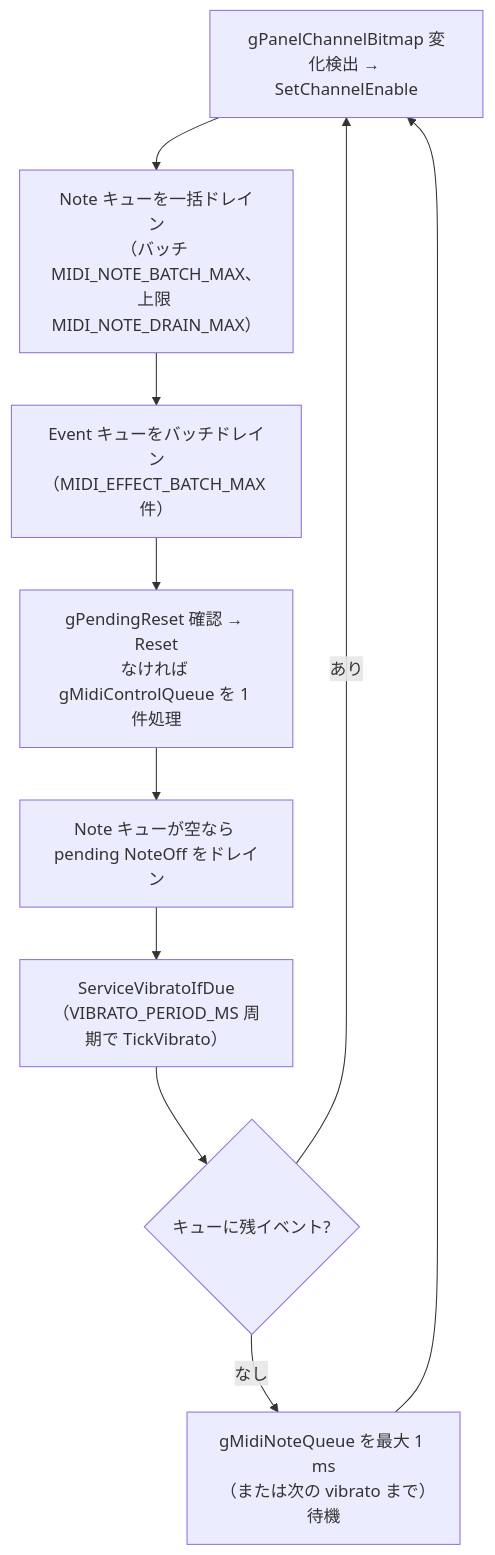
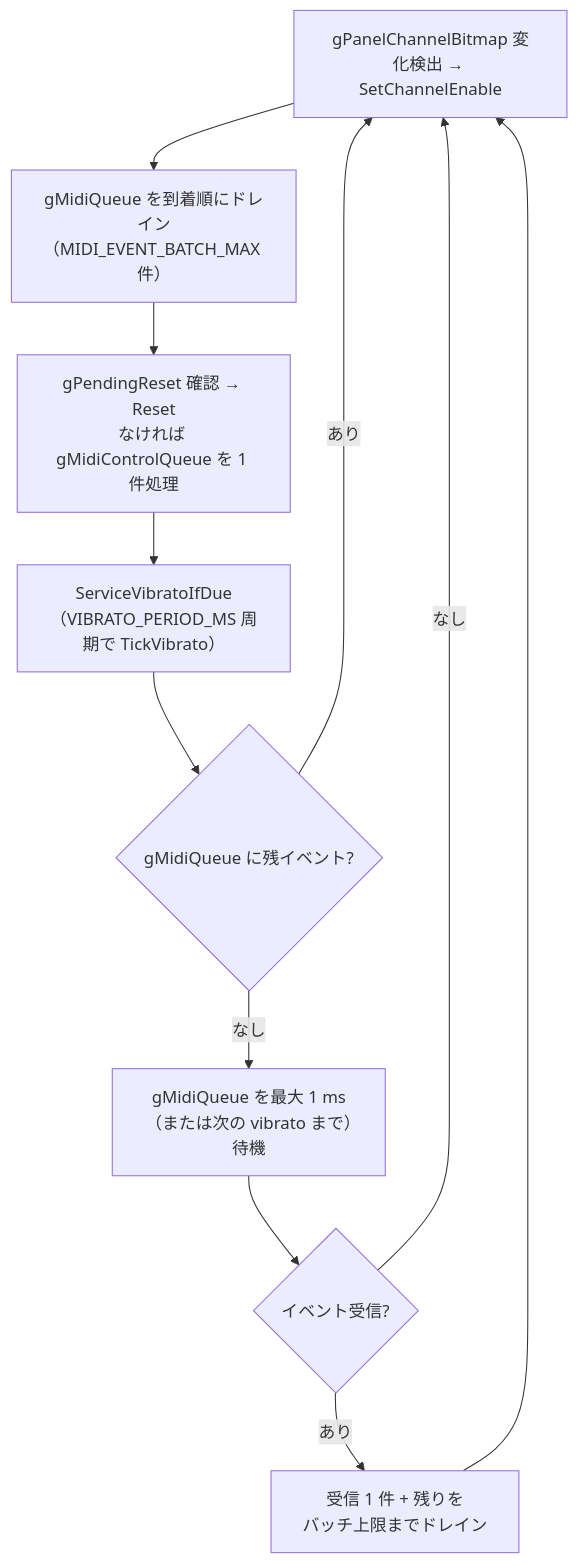
One commit to 46nori/FMSynthEnsembleV3 changed the second of 3 diagrams in doc/design_concurrency.md. Above: the diagram before and after it, drawn with Mermaid. The commit also changed other lines of this file and 30 other files, not shown here.

````diff
--- a/doc/design_concurrency.md
+++ b/doc/design_concurrency.md
@@ -105,12 +105,13 @@
 ```mermaid
 flowchart TD
-    A["gPanelChannelBitmap 変化検出 → SetChannelEnable"] --> B["Note キューを一括ドレイン<br>（バッチ MIDI_NOTE_BATCH_MAX、上限 MIDI_NOTE_DRAIN_MAX）"]
-    B --> C["Event キューをバッチドレイン<br>（MIDI_EFFECT_BATCH_MAX 件）"]
-    C --> D["gPendingReset 確認 → Reset<br>なければ gMidiControlQueue を 1 件処理"]
-    D --> E["Note キューが空なら pending NoteOff をドレイン"]
-    E --> F["ServiceVibratoIfDue<br>（VIBRATO_PERIOD_MS 周期で TickVibrato）"]
-    F --> G{"キューに残イベント?"}
-    G -- あり --> A
-    G -- なし --> H["gMidiNoteQueue を最大 1 ms<br>（または次の vibrato まで）待機"]
+    A["gPanelChannelBitmap 変化検出 → SetChannelEnable"] --> B["gMidiQueue を到着順にドレイン<br>（MIDI_EVENT_BATCH_MAX 件）"]
+    B --> C["gPendingReset 確認 → Reset<br>なければ gMidiControlQueue を 1 件処理"]
+    C --> D["ServiceVibratoIfDue<br>（VIBRATO_PERIOD_MS 周期で TickVibrato）"]
+    D --> E{"gMidiQueue に残イベント?"}
+    E -- あり --> A
+    E -- なし --> F["gMidiQueue を最大 1 ms<br>（または次の vibrato まで）待機"]
+    F --> G{"イベント受信?"}
+    G -- あり --> H["受信 1 件 + 残りを<br>バッチ上限までドレイン"]
     H --> A
+    G -- なし --> A
 ```
````
